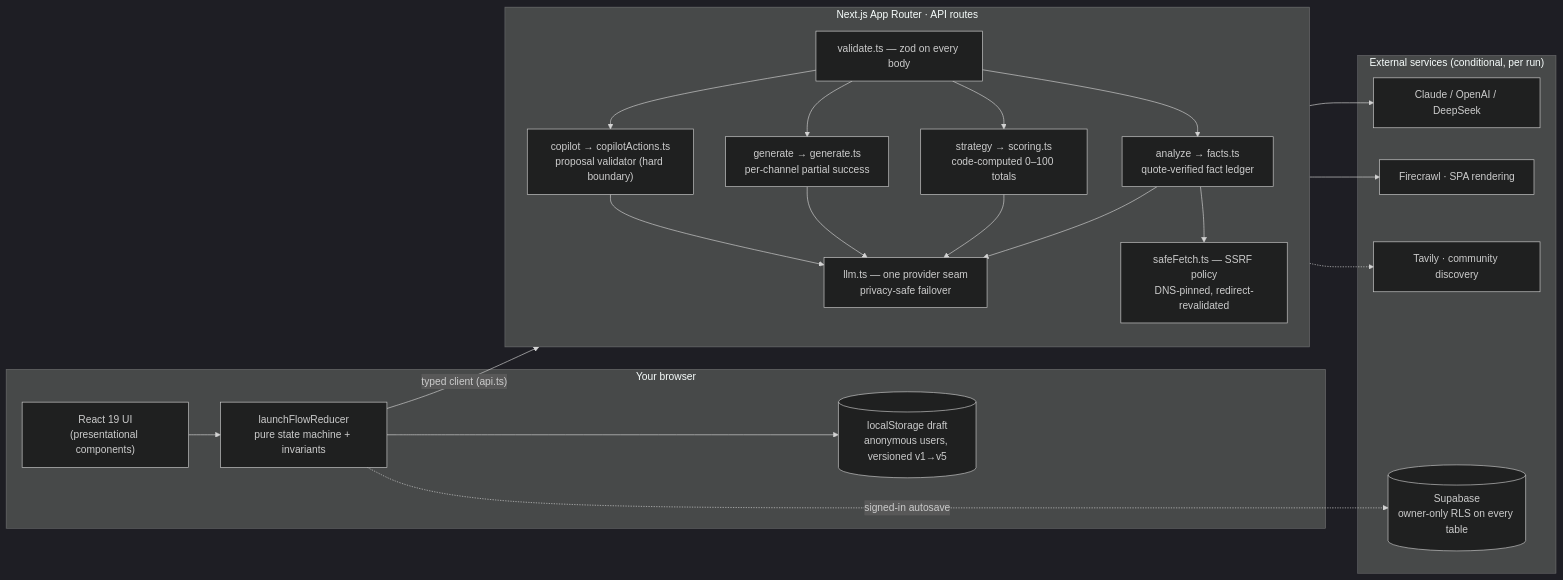
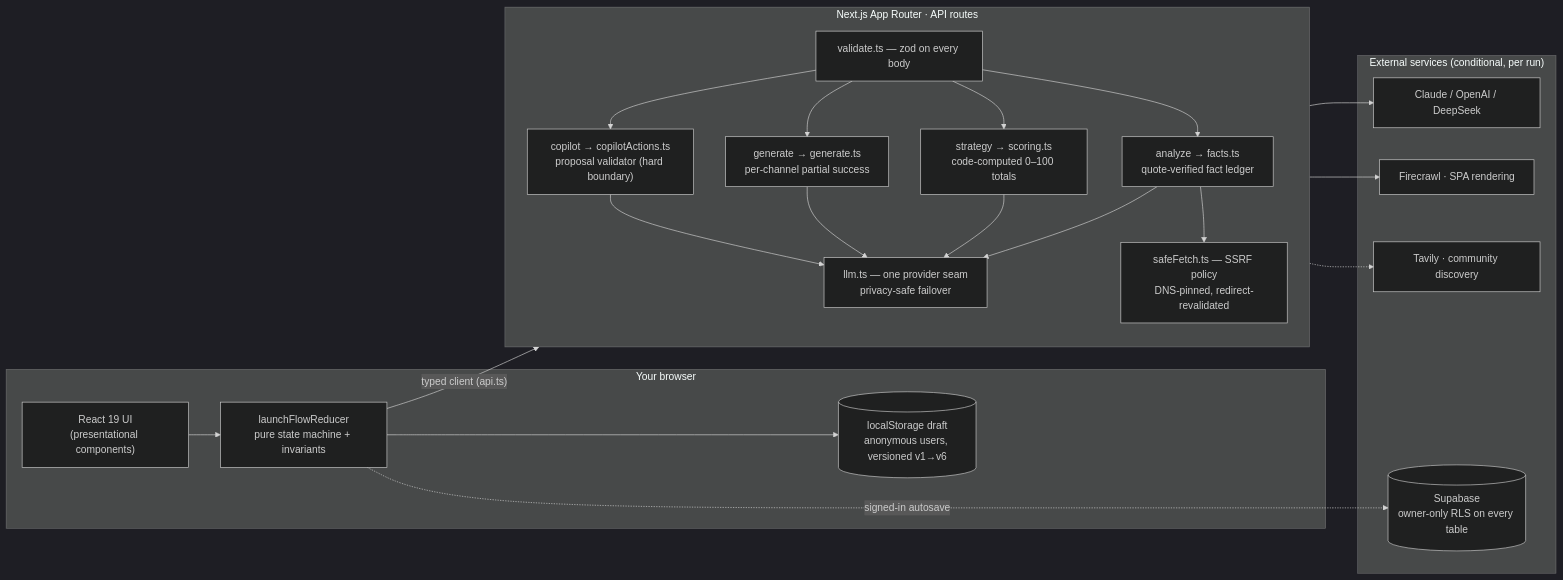
The first of 2 diagrams in README.md (zhengbrody/PostBeacon), drawn with Mermaid (dark theme) before and after one commit. The commit also changed other lines of this file and 36 other files, not shown here.

````diff
--- a/README.md
+++ b/README.md
@@ -70,36 +71,36 @@
 ```mermaid
 flowchart LR
     subgraph client["Your browser"]
         UI["React 19 UI<br/>(presentational components)"]
         SM["launchFlowReducer<br/>pure state machine + invariants"]
-        LS[("localStorage draft<br/>anonymous users, versioned v1→v5")]
+        LS[("localStorage draft<br/>anonymous users, versioned v1→v6")]
         UI --> SM --> LS
     end
 
     subgraph server["Next.js App Router · API routes"]
         direction TB
         VAL["validate.ts — zod on every body"]
         AN["analyze → facts.ts<br/>quote-verified fact ledger"]
         ST["strategy → scoring.ts<br/>code-computed 0–100 totals"]
         GE["generate → generate.ts<br/>per-channel partial success"]
         CO["copilot → copilotActions.ts<br/>proposal validator (hard boundary)"]
         LLM["llm.ts — one provider seam<br/>privacy-safe failover"]
         SF["safeFetch.ts — SSRF policy<br/>DNS-pinned, redirect-revalidated"]
         VAL --> AN & ST & GE & CO
         AN & ST & GE & CO --> LLM
         AN --> SF
     end
 
     subgraph vendors["External services (conditional, per run)"]
         P["Claude / OpenAI / DeepSeek"]
         FC["Firecrawl · SPA rendering"]
         TV["Tavily · community discovery"]
         SB[("Supabase<br/>owner-only RLS on every table")]
     end
 
     SM -->|"typed client (api.ts)"| VAL
     LLM --> P
     SF --> FC
     ST -.-> TV
     SM -.->|"signed-in autosave"| SB
 ```
````
